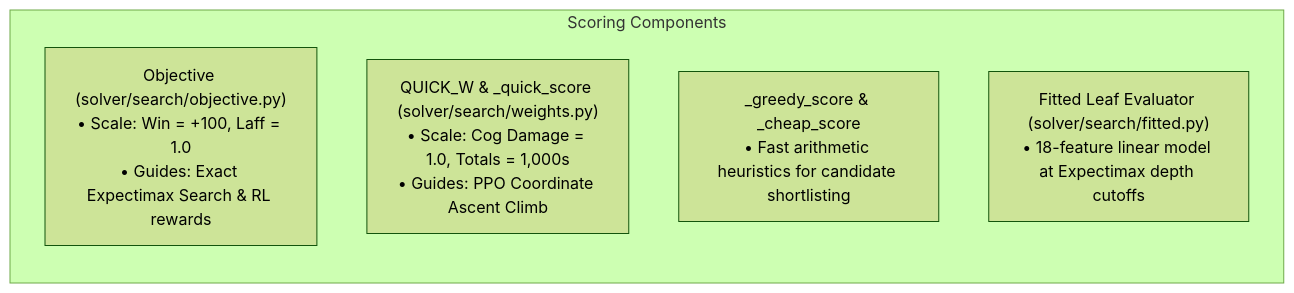
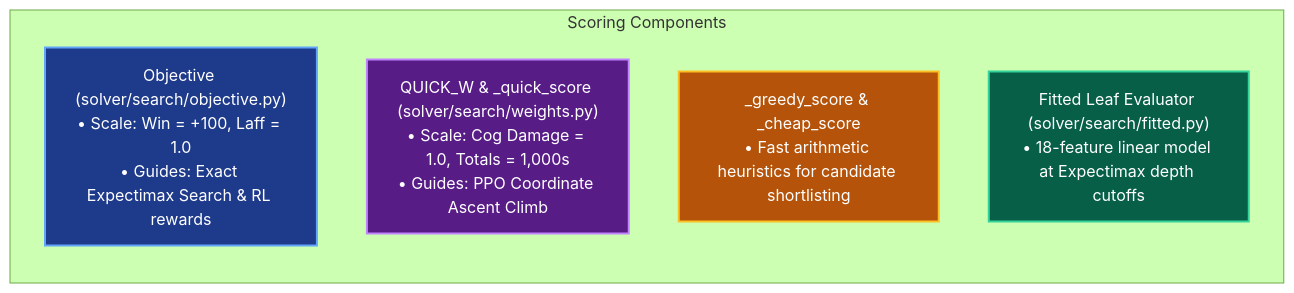
One commit to Angle-Brackets/TTRSolver changed the first of 2 diagrams in docs/scoring.md. Above: the diagram before and after it, drawn with Mermaid (forest theme). The commit also changed other lines of this file and 9 other files, not shown here.

Commit message:
docs: color-code all Mermaid diagrams with distinct visual themes

````diff
--- a/docs/scoring.md
+++ b/docs/scoring.md
@@ -12,10 +12,20 @@
 ```mermaid
 flowchart TD
+    classDef objNode fill:#1e3a8a,stroke:#60a5fa,stroke-width:2px,color:#ffffff
+    classDef quickNode fill:#581c87,stroke:#c084fc,stroke-width:2px,color:#ffffff
+    classDef greedyNode fill:#b45309,stroke:#fbbf24,stroke-width:2px,color:#ffffff
+    classDef leafNode fill:#065f46,stroke:#34d399,stroke-width:2px,color:#ffffff
+
     subgraph ScoringComponents["Scoring Components"]
         direction TB
         OBJ["Objective (solver/search/objective.py)<br/>• Scale: Win = +100, Laff = 1.0<br/>• Guides: Exact Expectimax Search & RL rewards"]
         QUICK["QUICK_W & _quick_score (solver/search/weights.py)<br/>• Scale: Cog Damage = 1.0, Totals = 1,000s<br/>• Guides: PPO Coordinate Ascent Climb"]
         GREEDY["_greedy_score & _cheap_score<br/>• Fast arithmetic heuristics for candidate shortlisting"]
         LEAF["Fitted Leaf Evaluator (solver/search/fitted.py)<br/>• 18-feature linear model at Expectimax depth cutoffs"]
     end
+
+    class OBJ objNode
+    class QUICK quickNode
+    class GREEDY greedyNode
+    class LEAF leafNode
 ```
````
